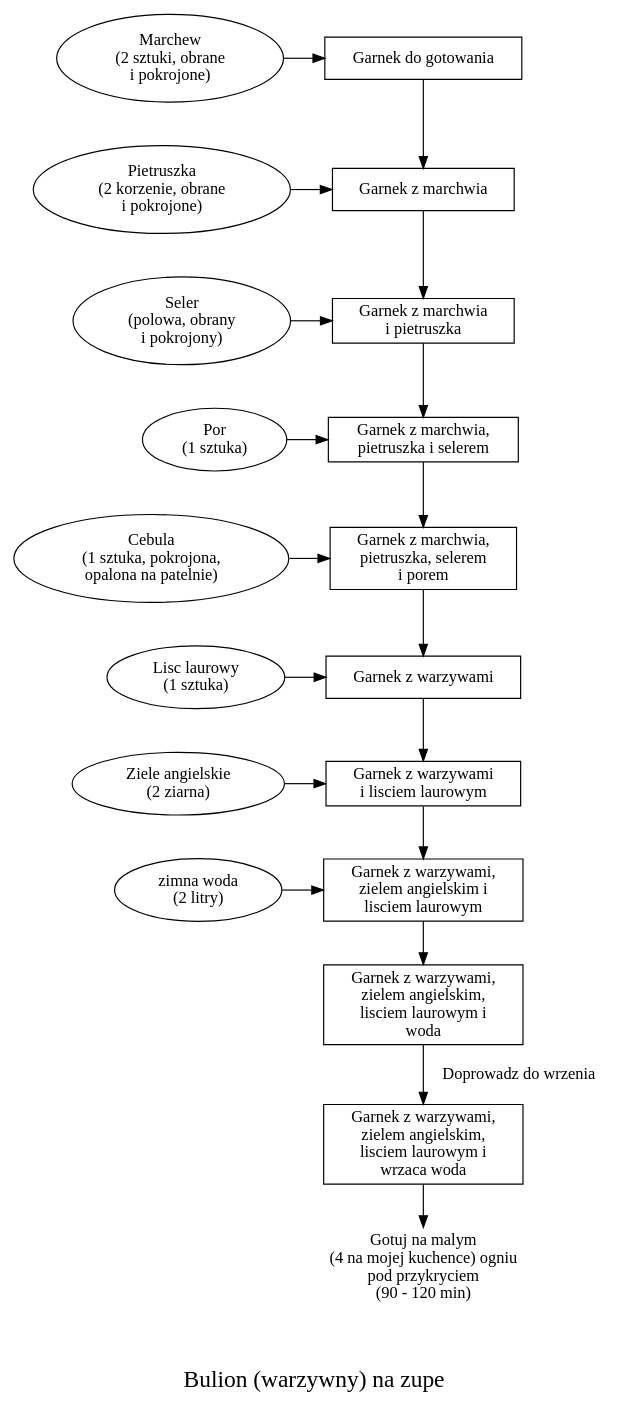
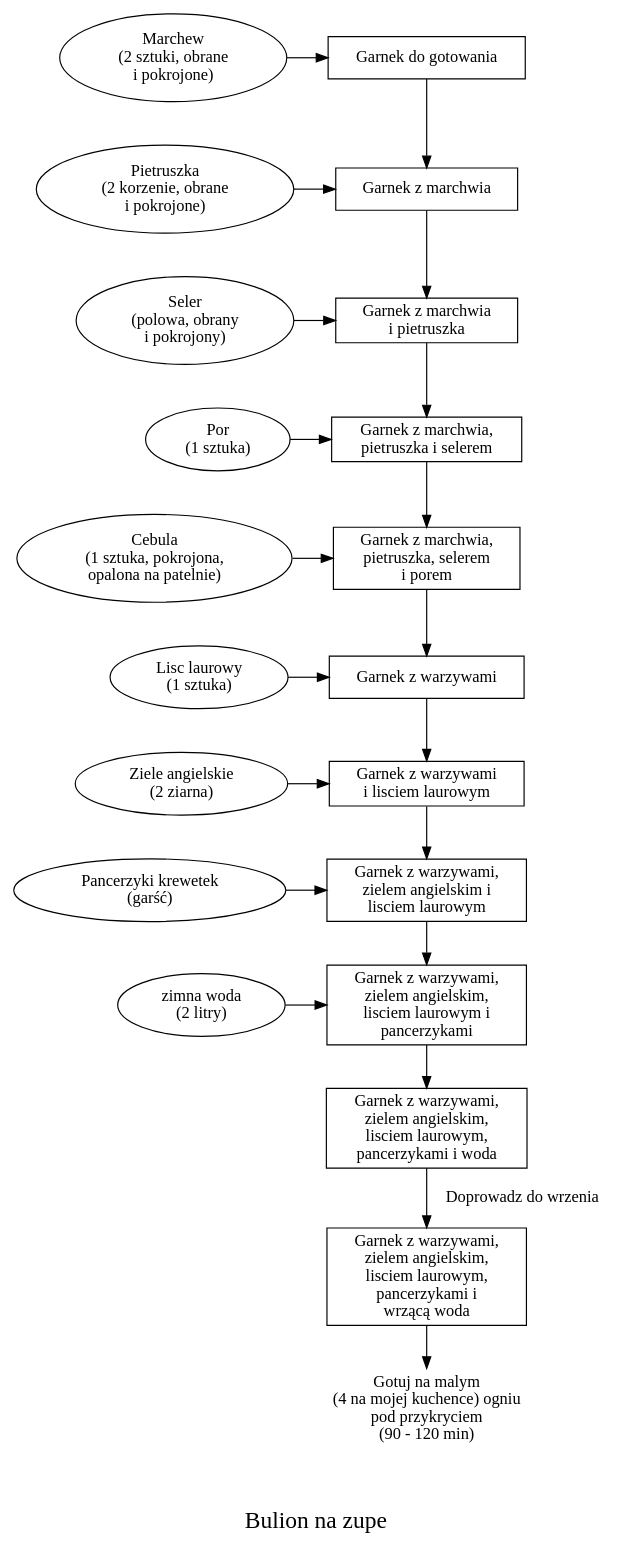
Before and after one commit to yetanotherdeveloper/cooking-reciepes-as-graphs: the diagram in tom-yum-gung/broth.dot, drawn with Graphviz. The commit also changed 1 other file, not shown here.

```diff
--- a/tom-yum-gung/broth.dot
+++ b/tom-yum-gung/broth.dot
@@ -1,52 +1,56 @@
 
 digraph G {
   fontsize=20
-  label="\n\nBulion (warzywny) na zupe"
+  label="\n\nBulion na zupe"
   URL="https://aniastarmach.pl/bulion-warzywny/"
   {rank=same garnek,marchew}
   {rank=same garnek2,pietruszka}
   {rank=same garnek3,seler}
   {rank=same garnek4,por}
   {rank=same garnek5,cebula}
   {rank=same garnek7,lisc}
   {rank=same garnek8,ziele}
-  {rank=same garnek9,woda}
+  {rank=same garnek9,pancerzyki}
+  {rank=same garnek10,woda}
   woda[label="zimna woda\n(2 litry)"]
   marchew[label="Marchew\n(2 sztuki, obrane\n i pokrojone)"]
   seler[label="Seler\n(polowa, obrany\n i pokrojony)"]
   pietruszka[label="Pietruszka\n(2 korzenie, obrane\n i pokrojone)"]
   por[label="Por\n(1 sztuka)"]
   cebula[label="Cebula\n(1 sztuka, pokrojona,\n opalona na patelnie)"]
   lisc[label="Lisc laurowy\n(1 sztuka)"]
   ziele[label="Ziele angielskie\n(2 ziarna)"]
+  pancerzyki[label="Pancerzyki krewetek\n(garść)"]
 
   gotuj[label="Gotuj na malym \n(4 na mojej kuchence) ogniu\n pod przykryciem\n(90 - 120 min)",shape=none]
   garnek[shape=rectangle,label="Garnek do gotowania"]
   garnek2[shape=rectangle,label="Garnek z marchwia"]
   garnek3[shape=rectangle,label="Garnek z marchwia\n i pietruszka"]
   garnek4[shape=rectangle,label="Garnek z marchwia,\npietruszka i selerem"]
   garnek5[shape=rectangle,label="Garnek z marchwia,\npietruszka, selerem\ni porem"]
   garnek7[shape=rectangle,label="Garnek z warzywami"]
   garnek8[shape=rectangle,label="Garnek z warzywami\ni lisciem laurowym"]
   garnek9[shape=rectangle,label="Garnek z warzywami,\nzielem angielskim i\nlisciem laurowym"]
-  garnek10[shape=rectangle,label="Garnek z warzywami,\nzielem angielskim,\nlisciem laurowym i\n woda"]
-  garnek11[shape=rectangle,label="Garnek z warzywami,\nzielem angielskim,\nlisciem laurowym i\n wrzaca woda"]
+  garnek10[shape=rectangle,label="Garnek z warzywami,\nzielem angielskim,\nlisciem laurowym i\n pancerzykami"]
+  garnek11[shape=rectangle,label="Garnek z warzywami,\nzielem angielskim,\nlisciem laurowym,\n pancerzykami i woda"]
+  garnek12[shape=rectangle,label="Garnek z warzywami,\nzielem angielskim,\nlisciem laurowym,\n pancerzykami i\n wrzącą woda"]
  
   marchew->garnek
   garnek->garnek2 
   pietruszka->garnek2
   garnek2->garnek3
   seler->garnek3
   garnek3->garnek4 
   por->garnek4
   garnek4->garnek5
   cebula->garnek5
   garnek5->garnek7
   lisc->garnek7
   garnek7->garnek8
   ziele->garnek8
   garnek8->garnek9
-  woda->garnek9->garnek10
-  garnek10->garnek11[label="Doprowadz do wrzenia"]
-  garnek11->gotuj
+  pancerzyki->garnek9->garnek10
+  woda->garnek10->garnek11
+  garnek11->garnek12[label="Doprowadz do wrzenia"]
+  garnek12->gotuj
 }
```
